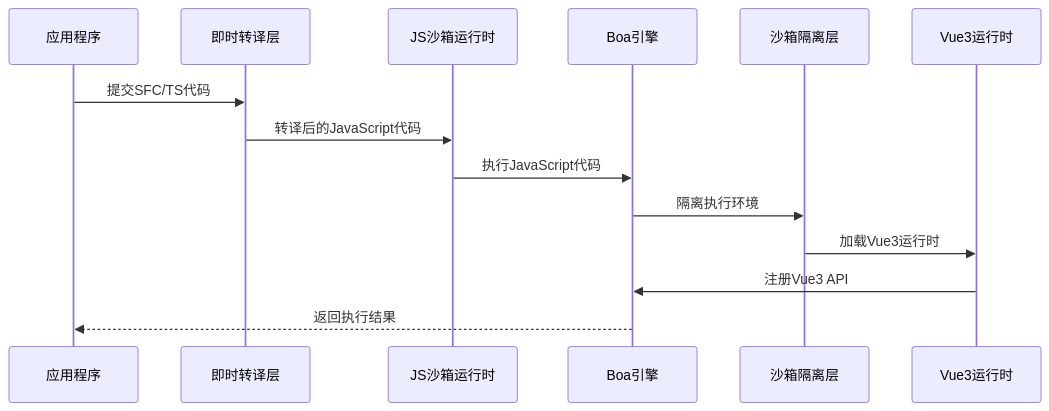
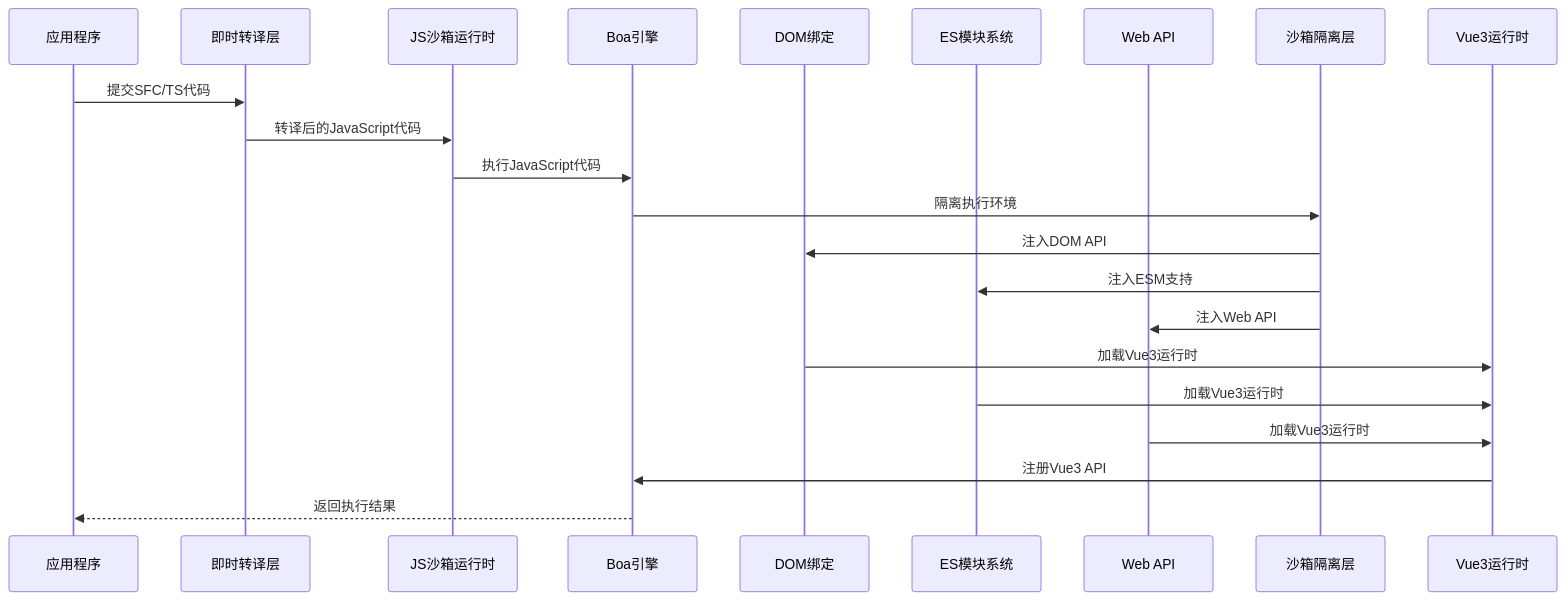
Before and after one commit to itszzl-sudo/iris: the second of 14 diagrams in .qoder/repowiki/zh/content/技术架构详解/JS沙箱运行时.md, drawn with Mermaid. The commit also changed other lines of this file and 10 other files, not shown here.

````diff
--- a/.qoder/repowiki/zh/content/技术架构详解/JS沙箱运行时.md
+++ b/.qoder/repowiki/zh/content/技术架构详解/JS沙箱运行时.md
@@ -141,16 +185,24 @@
 ```mermaid
 sequenceDiagram
 participant App as 应用程序
 participant Transpiler as 即时转译层
 participant Sandbox as JS沙箱运行时
 participant Engine as Boa引擎
+participant DOM as DOM绑定
+participant ESM as ES模块系统
+participant WebAPI as Web API
 participant Isolation as 沙箱隔离层
 participant VueRuntime as Vue3运行时
 App->>Transpiler : 提交SFC/TS代码
 Transpiler->>Sandbox : 转译后的JavaScript代码
 Sandbox->>Engine : 执行JavaScript代码
 Engine->>Isolation : 隔离执行环境
-Isolation->>VueRuntime : 加载Vue3运行时
+Isolation->>DOM : 注入DOM API
+Isolation->>ESM : 注入ESM支持
+Isolation->>WebAPI : 注入Web API
+DOM->>VueRuntime : 加载Vue3运行时
+ESM->>VueRuntime : 加载Vue3运行时
+WebAPI->>VueRuntime : 加载Vue3运行时
 VueRuntime->>Engine : 注册Vue3 API
 Engine-->>App : 返回执行结果
 ```
````
